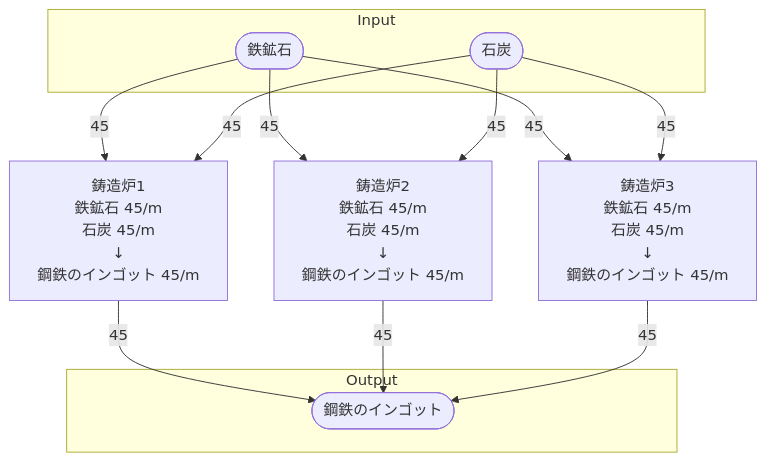
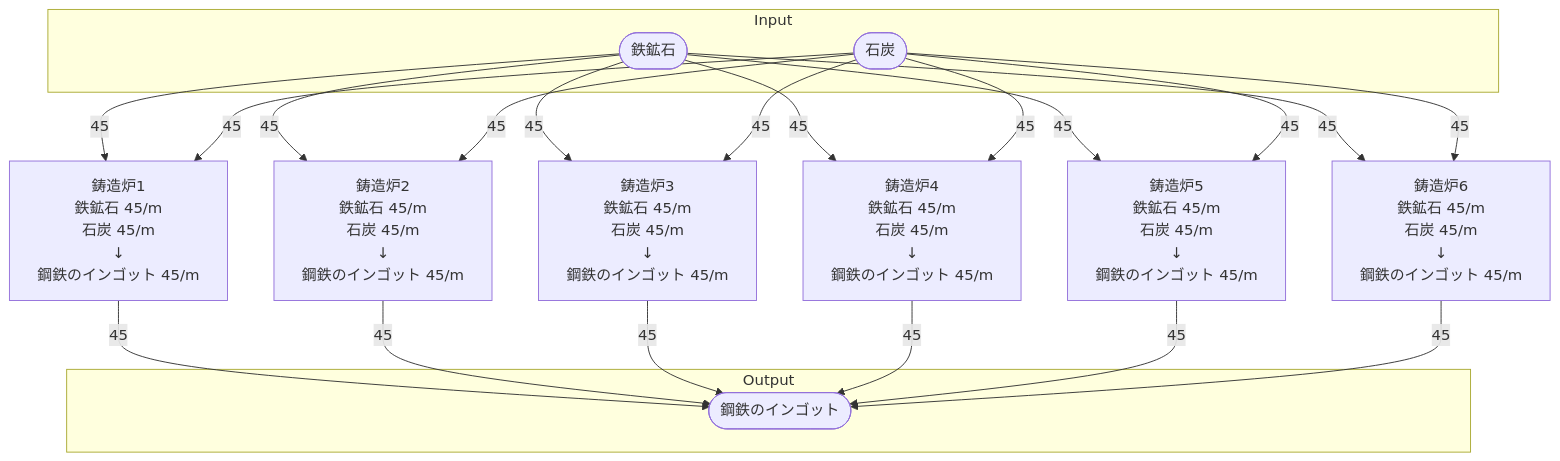
The diagram in 40_FactoryBuilding/鋼鉄工場/40_個別製造ライン設計書/個別製造ライン設計書_鋼鉄のインゴット製造ライン.md (Suzuran-Amano/SatisfactoryTaskEfficiency), drawn with Mermaid before and after one commit. The commit also changed other lines of this file and 32 other files, not shown here.

````diff
--- a/40_FactoryBuilding/鋼鉄工場/40_個別製造ライン設計書/個別製造ライン設計書_鋼鉄のインゴット製造ライン.md
+++ b/40_FactoryBuilding/鋼鉄工場/40_個別製造ライン設計書/個別製造ライン設計書_鋼鉄のインゴット製造ライン.md
@@ -19,46 +19,79 @@
 ```mermaid
 flowchart TD
 
 subgraph Input
     鉄鉱石([鉄鉱石])
     石炭([石炭])
 end
 
 鋳造炉1[
     鋳造炉1
     鉄鉱石 45/m
     石炭 45/m
     ↓
     鋼鉄のインゴット 45/m
 ]
 
 鋳造炉2[
     鋳造炉2
     鉄鉱石 45/m
     石炭 45/m
     ↓
     鋼鉄のインゴット 45/m
 ]
 
 鋳造炉3[
     鋳造炉3
     鉄鉱石 45/m
     石炭 45/m
     ↓
     鋼鉄のインゴット 45/m
 ]
 
+鋳造炉4[
+    鋳造炉4
+    鉄鉱石 45/m
+    石炭 45/m
+    ↓
+    鋼鉄のインゴット 45/m
+]
+
+鋳造炉5[
+    鋳造炉5
+    鉄鉱石 45/m
+    石炭 45/m
+    ↓
+    鋼鉄のインゴット 45/m
+]
+
+鋳造炉6[
+    鋳造炉6
+    鉄鉱石 45/m
+    石炭 45/m
+    ↓
+    鋼鉄のインゴット 45/m
+]
+
 subgraph Output
     鋼鉄のインゴット([鋼鉄のインゴット])
 end
 
 鉄鉱石-->|45|鋳造炉1
 石炭-->|45|鋳造炉1
 鋳造炉1-->|45|鋼鉄のインゴット
 鉄鉱石-->|45|鋳造炉2
 石炭-->|45|鋳造炉2
 鋳造炉2-->|45|鋼鉄のインゴット
 鉄鉱石-->|45|鋳造炉3
 石炭-->|45|鋳造炉3
 鋳造炉3-->|45|鋼鉄のインゴット
+鉄鉱石-->|45|鋳造炉4
+石炭-->|45|鋳造炉4
+鋳造炉4-->|45|鋼鉄のインゴット
+鉄鉱石-->|45|鋳造炉5
+石炭-->|45|鋳造炉5
+鋳造炉5-->|45|鋼鉄のインゴット
+鉄鉱石-->|45|鋳造炉6
+石炭-->|45|鋳造炉6
+鋳造炉6-->|45|鋼鉄のインゴット
 ```
````
